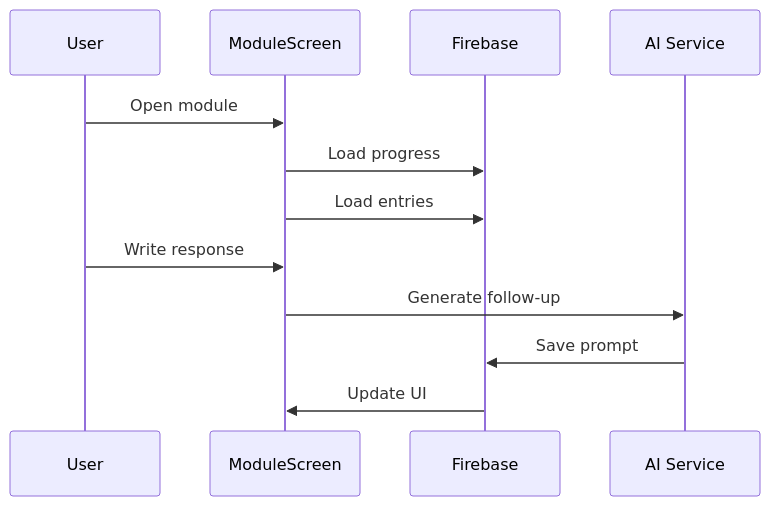
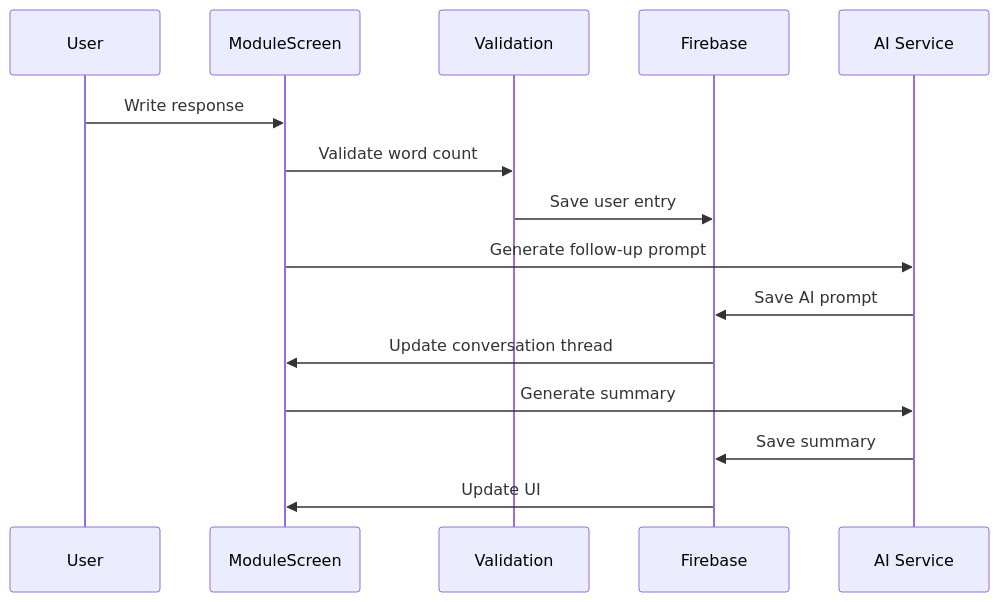
Before and after one commit to HemanB/Interosight: the first of 5 diagrams in docs/core/DATA_FLOW.md, drawn with Mermaid. The commit also changed other lines of this file and 7 other files, not shown here.

````diff
--- a/docs/core/DATA_FLOW.md
+++ b/docs/core/DATA_FLOW.md
@@ -51,10 +65,12 @@
 ```mermaid
 sequenceDiagram
-    User->>ModuleScreen: Open module
-    ModuleScreen->>Firebase: Load progress
-    ModuleScreen->>Firebase: Load entries
     User->>ModuleScreen: Write response
-    ModuleScreen->>AI Service: Generate follow-up
-    AI Service->>Firebase: Save prompt
+    ModuleScreen->>Validation: Validate word count
+    Validation->>Firebase: Save user entry
+    ModuleScreen->>AI Service: Generate follow-up prompt
+    AI Service->>Firebase: Save AI prompt
+    Firebase->>ModuleScreen: Update conversation thread
+    ModuleScreen->>AI Service: Generate summary
+    AI Service->>Firebase: Save summary
     Firebase->>ModuleScreen: Update UI
 ```
````
